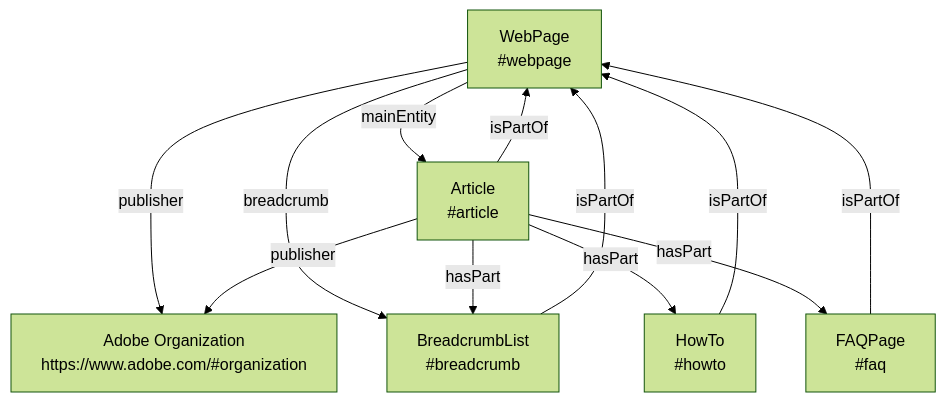
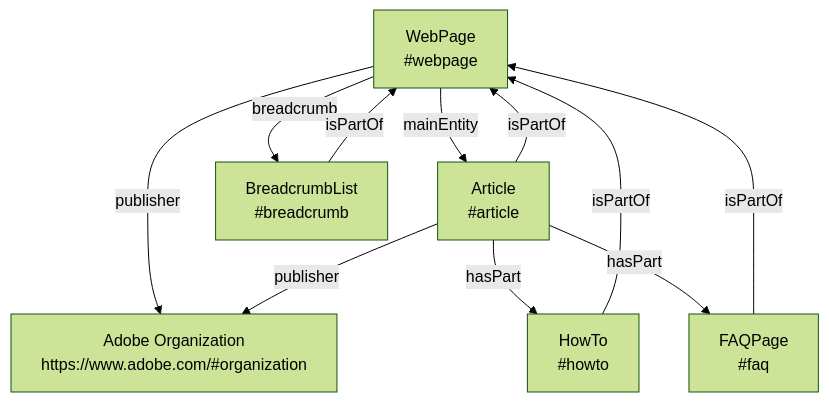
One commit to adobecom/milo changed the second of 3 diagrams in libs/utils/json-ld.md. Above: the diagram before and after it, drawn with Mermaid (forest theme). The commit also changed other lines of this file, not shown here.

````diff
--- a/libs/utils/json-ld.md
+++ b/libs/utils/json-ld.md
@@ -471,20 +208,19 @@
 ```mermaid
 graph TD
     WP["WebPage<br/>#webpage"]
     A["Article<br/>#article"]
     BC["BreadcrumbList<br/>#breadcrumb"]
     HT["HowTo<br/>#howto"]
     FAQ["FAQPage<br/>#faq"]
     ORG["Adobe Organization<br/>https://www.adobe.com/#organization"]
     WP -->|mainEntity| A
     WP -->|breadcrumb| BC
     WP -->|publisher| ORG
     A -->|isPartOf| WP
     A -->|publisher| ORG
-    A -->|hasPart| BC
     A -->|hasPart| HT
     A -->|hasPart| FAQ
     BC -->|isPartOf| WP
     HT -->|isPartOf| WP
     FAQ -->|isPartOf| WP
 ```
````
